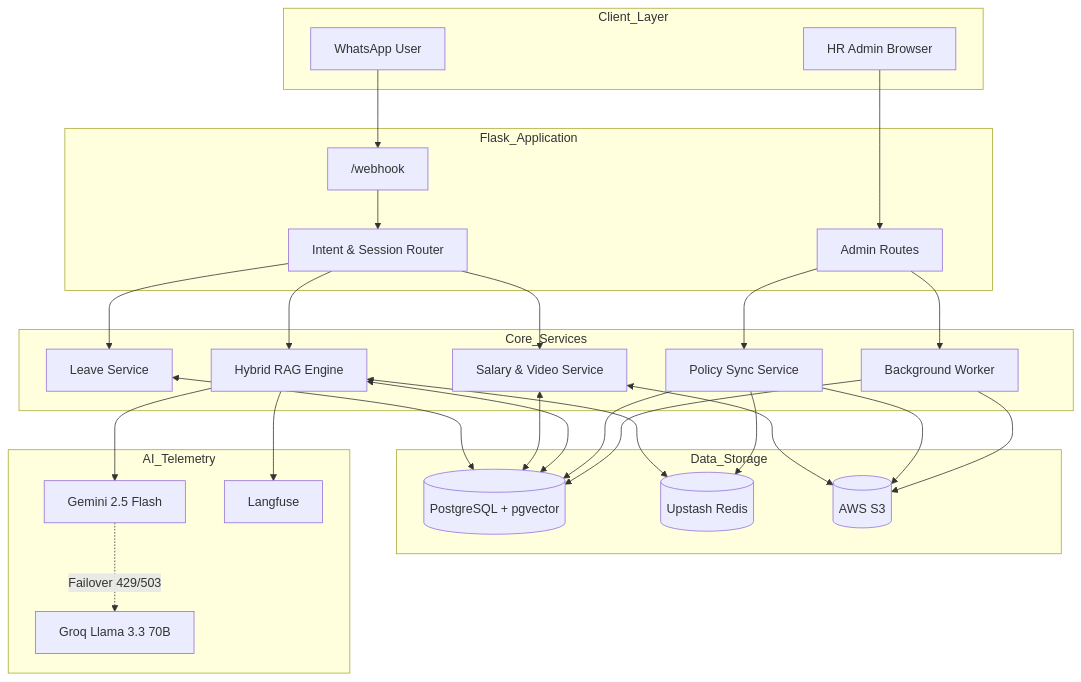
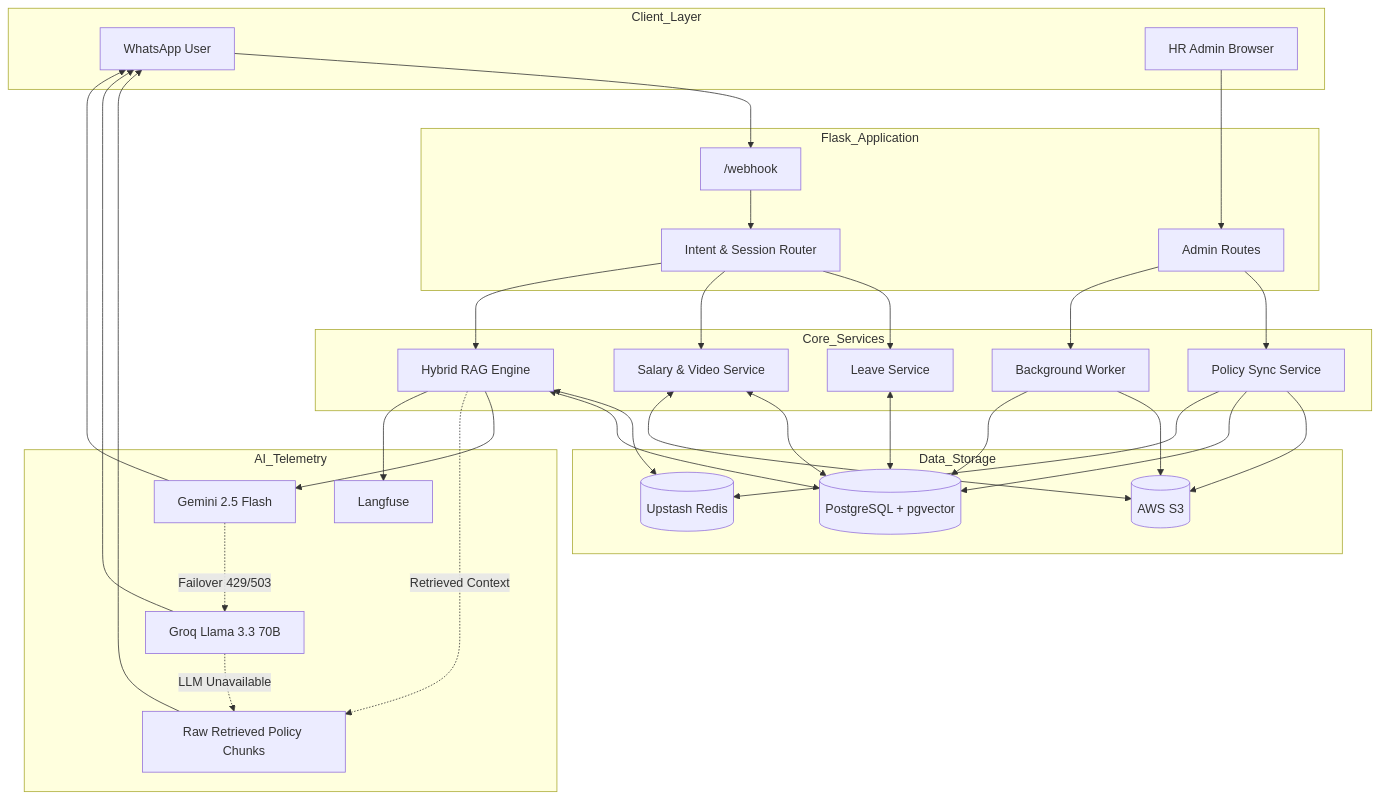
Before and after one commit to Yash2561619/hrms-rag-chatbot: the first of 2 diagrams in docs/README.md, drawn with Mermaid.

````diff
--- a/docs/README.md
+++ b/docs/README.md
@@ -337,64 +337,74 @@
 ```mermaid
 flowchart TD
 
     subgraph Client_Layer
         WA[WhatsApp User]
         Admin[HR Admin Browser]
     end
 
     subgraph Flask_Application
         WH["/webhook"]
         Router[Intent & Session Router]
         AdminRoutes["Admin Routes"]
     end
 
     subgraph Core_Services
         LeaveSvc[Leave Service]
         MediaSvc[Salary & Video Service]
         RAGSvc[Hybrid RAG Engine]
         SyncSvc[Policy Sync Service]
         Worker[Background Worker]
     end
 
     subgraph Data_Storage
         PG[(PostgreSQL + pgvector)]
         Redis[(Upstash Redis)]
         S3[(AWS S3)]
     end
 
     subgraph AI_Telemetry
         Gemini[Gemini 2.5 Flash]
         Groq[Groq Llama 3.3 70B]
+        RawChunks[Raw Retrieved Policy Chunks]
         Langfuse[Langfuse]
     end
 
     WA --> WH
     WH --> Router
 
     Router --> LeaveSvc
     Router --> MediaSvc
     Router --> RAGSvc
 
     Admin --> AdminRoutes
     AdminRoutes --> SyncSvc
     AdminRoutes --> Worker
 
     LeaveSvc <--> PG
     MediaSvc <--> PG
     MediaSvc <--> S3
 
     RAGSvc <--> Redis
     RAGSvc <--> PG
 
     RAGSvc --> Gemini
-    Gemini -. Failover 429/503 .-> Groq
+
+    Gemini -. "Failover 429/503" .-> Groq
+
+    Groq -. "LLM Unavailable" .-> RawChunks
+
+    RAGSvc -. "Retrieved Context" .-> RawChunks
 
     RAGSvc --> Langfuse
 
     SyncSvc --> S3
     SyncSvc --> PG
     SyncSvc --> Redis
 
     Worker --> S3
     Worker --> PG
+
+    Gemini --> WA
+    Groq --> WA
+    RawChunks --> WA
 ```
````
